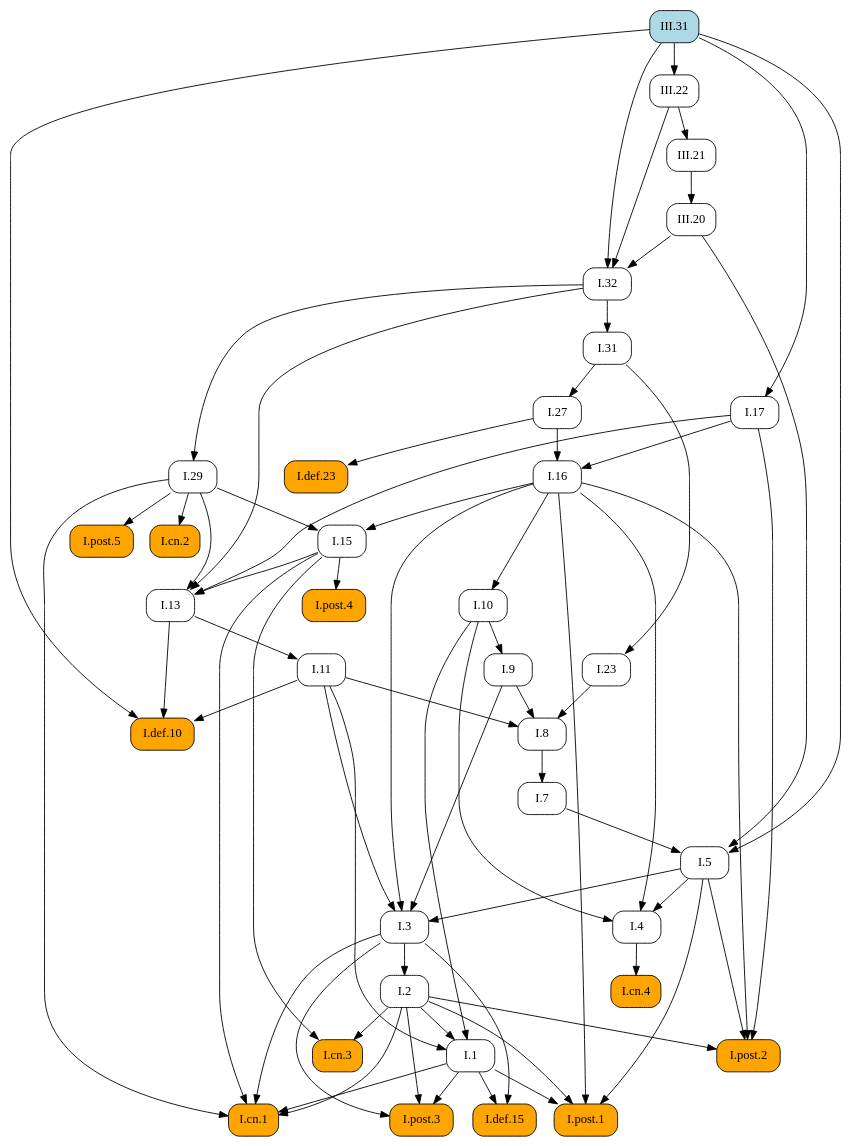
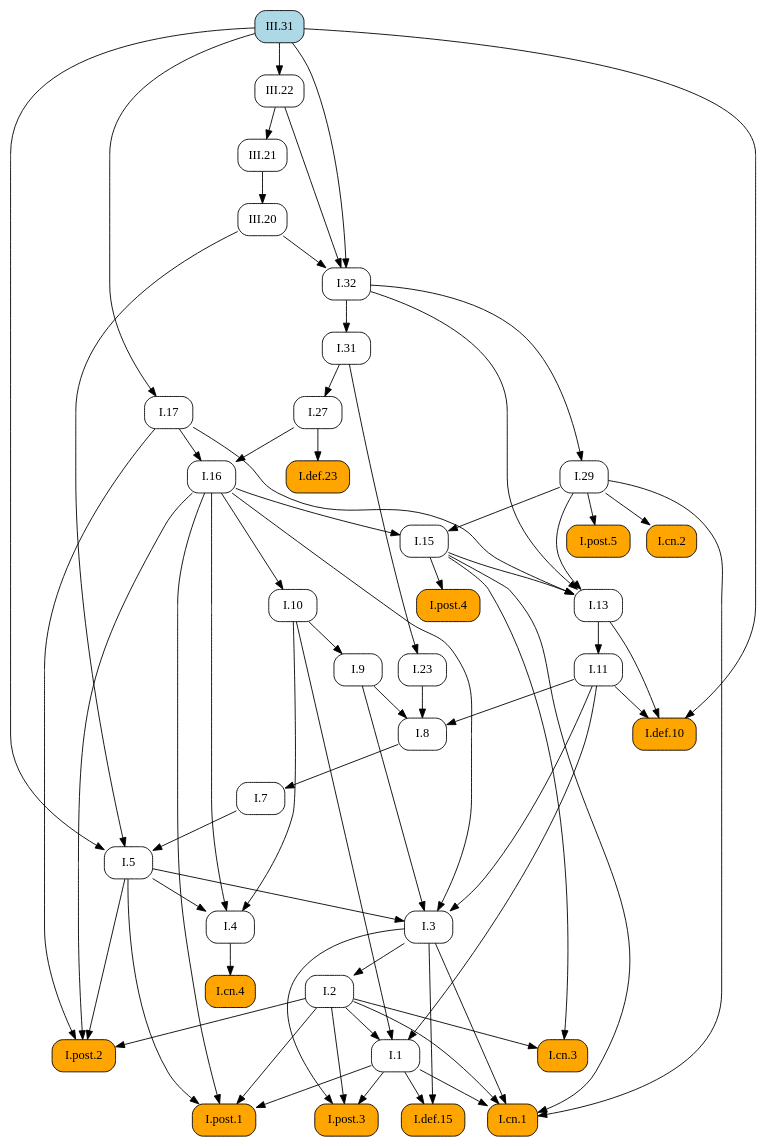
One commit to geometor/elements changed the diagram in docsrc/heath/III/31/index.rst. Above: the diagram before and after it, drawn with Graphviz. The commit also changed other lines of this file and 1029 other files, not shown here.

```diff
--- a/docsrc/heath/III/31/index.rst
+++ b/docsrc/heath/III/31/index.rst
@@ -89,107 +89,107 @@
    digraph {
      rankdir="TB";
      node [shape=box, style=rounded];
+     "I.def.10" [style="rounded,filled", fillcolor=orange, URL="/heath/I/def.10/", target="_top"];
+     "I.11" [URL="/heath/I/11/", target="_top"];
+     "I.post.4" [style="rounded,filled", fillcolor=orange, URL="/heath/I/post.4/", target="_top"];
+     "I.1" [URL="/heath/I/1/", target="_top"];
+     "I.29" [URL="/heath/I/29/", target="_top"];
+     "III.20" [URL="/heath/III/20/", target="_top"];
+     "I.cn.2" [style="rounded,filled", fillcolor=orange, URL="/heath/I/cn.2/", target="_top"];
+     "III.31" [style="rounded,filled", fillcolor=lightblue, URL="/heath/III/31/", target="_top"];
+     "I.def.15" [style="rounded,filled", fillcolor=orange, URL="/heath/I/def.15/", target="_top"];
+     "I.post.3" [style="rounded,filled", fillcolor=orange, URL="/heath/I/post.3/", target="_top"];
+     "I.cn.1" [style="rounded,filled", fillcolor=orange, URL="/heath/I/cn.1/", target="_top"];
      "I.cn.3" [style="rounded,filled", fillcolor=orange, URL="/heath/I/cn.3/", target="_top"];
+     "I.23" [URL="/heath/I/23/", target="_top"];
+     "I.post.1" [style="rounded,filled", fillcolor=orange, URL="/heath/I/post.1/", target="_top"];
+     "I.27" [URL="/heath/I/27/", target="_top"];
+     "I.7" [URL="/heath/I/7/", target="_top"];
+     "I.3" [URL="/heath/I/3/", target="_top"];
+     "I.2" [URL="/heath/I/2/", target="_top"];
+     "I.4" [URL="/heath/I/4/", target="_top"];
+     "I.def.23" [style="rounded,filled", fillcolor=orange, URL="/heath/I/def.23/", target="_top"];
+     "I.13" [URL="/heath/I/13/", target="_top"];
+     "I.17" [URL="/heath/I/17/", target="_top"];
+     "I.post.2" [style="rounded,filled", fillcolor=orange, URL="/heath/I/post.2/", target="_top"];
+     "I.31" [URL="/heath/I/31/", target="_top"];
+     "I.16" [URL="/heath/I/16/", target="_top"];
+     "I.9" [URL="/heath/I/9/", target="_top"];
+     "I.32" [URL="/heath/I/32/", target="_top"];
+     "I.8" [URL="/heath/I/8/", target="_top"];
+     "I.cn.4" [style="rounded,filled", fillcolor=orange, URL="/heath/I/cn.4/", target="_top"];
+     "I.15" [URL="/heath/I/15/", target="_top"];
+     "III.21" [URL="/heath/III/21/", target="_top"];
      "III.22" [URL="/heath/III/22/", target="_top"];
-     "I.29" [URL="/heath/I/29/", target="_top"];
-     "I.7" [URL="/heath/I/7/", target="_top"];
-     "I.27" [URL="/heath/I/27/", target="_top"];
-     "I.def.23" [style="rounded,filled", fillcolor=orange, URL="/heath/I/def.23/", target="_top"];
-     "I.8" [URL="/heath/I/8/", target="_top"];
-     "I.9" [URL="/heath/I/9/", target="_top"];
-     "III.20" [URL="/heath/III/20/", target="_top"];
-     "I.post.4" [style="rounded,filled", fillcolor=orange, URL="/heath/I/post.4/", target="_top"];
-     "I.2" [URL="/heath/I/2/", target="_top"];
-     "I.def.15" [style="rounded,filled", fillcolor=orange, URL="/heath/I/def.15/", target="_top"];
-     "I.1" [URL="/heath/I/1/", target="_top"];
-     "I.post.1" [style="rounded,filled", fillcolor=orange, URL="/heath/I/post.1/", target="_top"];
-     "I.cn.4" [style="rounded,filled", fillcolor=orange, URL="/heath/I/cn.4/", target="_top"];
-     "I.23" [URL="/heath/I/23/", target="_top"];
-     "I.13" [URL="/heath/I/13/", target="_top"];
-     "III.31" [style="rounded,filled", fillcolor=lightblue, URL="/heath/III/31/", target="_top"];
-     "I.cn.2" [style="rounded,filled", fillcolor=orange, URL="/heath/I/cn.2/", target="_top"];
+     "I.post.5" [style="rounded,filled", fillcolor=orange, URL="/heath/I/post.5/", target="_top"];
+     "I.10" [URL="/heath/I/10/", target="_top"];
      "I.5" [URL="/heath/I/5/", target="_top"];
-     "III.21" [URL="/heath/III/21/", target="_top"];
-     "I.11" [URL="/heath/I/11/", target="_top"];
-     "I.10" [URL="/heath/I/10/", target="_top"];
-     "I.4" [URL="/heath/I/4/", target="_top"];
-     "I.3" [URL="/heath/I/3/", target="_top"];
-     "I.16" [URL="/heath/I/16/", target="_top"];
-     "I.31" [URL="/heath/I/31/", target="_top"];
-     "I.def.10" [style="rounded,filled", fillcolor=orange, URL="/heath/I/def.10/", target="_top"];
-     "I.post.2" [style="rounded,filled", fillcolor=orange, URL="/heath/I/post.2/", target="_top"];
-     "I.post.3" [style="rounded,filled", fillcolor=orange, URL="/heath/I/post.3/", target="_top"];
-     "I.post.5" [style="rounded,filled", fillcolor=orange, URL="/heath/I/post.5/", target="_top"];
-     "I.15" [URL="/heath/I/15/", target="_top"];
-     "I.17" [URL="/heath/I/17/", target="_top"];
-     "I.cn.1" [style="rounded,filled", fillcolor=orange, URL="/heath/I/cn.1/", target="_top"];
-     "I.32" [URL="/heath/I/32/", target="_top"];
-     "I.2" -> "I.cn.3";
-     "I.15" -> "I.cn.3";
-     "III.31" -> "III.22";
-     "I.32" -> "I.29";
-     "I.8" -> "I.7";
-     "I.31" -> "I.27";
-     "I.27" -> "I.def.23";
-     "I.9" -> "I.8";
-     "I.11" -> "I.8";
-     "I.23" -> "I.8";
-     "I.10" -> "I.9";
-     "III.21" -> "III.20";
+     "I.11" -> "I.def.10";
+     "I.13" -> "I.def.10";
+     "III.31" -> "I.def.10";
+     "I.13" -> "I.11";
      "I.15" -> "I.post.4";
-     "I.3" -> "I.2";
-     "I.1" -> "I.def.15";
-     "I.3" -> "I.def.15";
      "I.2" -> "I.1";
      "I.10" -> "I.1";
      "I.11" -> "I.1";
-     "I.1" -> "I.post.1";
-     "I.2" -> "I.post.1";
-     "I.5" -> "I.post.1";
-     "I.16" -> "I.post.1";
-     "I.4" -> "I.cn.4";
-     "I.31" -> "I.23";
-     "I.15" -> "I.13";
-     "I.17" -> "I.13";
-     "I.29" -> "I.13";
-     "I.32" -> "I.13";
+     "I.32" -> "I.29";
+     "III.21" -> "III.20";
      "I.29" -> "I.cn.2";
-     "I.7" -> "I.5";
-     "III.20" -> "I.5";
-     "III.31" -> "I.5";
-     "III.22" -> "III.21";
-     "I.13" -> "I.11";
-     "I.16" -> "I.10";
-     "I.5" -> "I.4";
-     "I.10" -> "I.4";
-     "I.16" -> "I.4";
-     "I.5" -> "I.3";
-     "I.9" -> "I.3";
-     "I.11" -> "I.3";
-     "I.16" -> "I.3";
-     "I.17" -> "I.16";
-     "I.27" -> "I.16";
-     "I.32" -> "I.31";
-     "I.11" -> "I.def.10";
-     "I.13" -> "I.def.10";
-     "III.31" -> "I.def.10";
-     "I.2" -> "I.post.2";
-     "I.5" -> "I.post.2";
-     "I.16" -> "I.post.2";
-     "I.17" -> "I.post.2";
+     "I.1" -> "I.def.15";
+     "I.3" -> "I.def.15";
      "I.1" -> "I.post.3";
      "I.2" -> "I.post.3";
      "I.3" -> "I.post.3";
-     "I.29" -> "I.post.5";
-     "I.16" -> "I.15";
-     "I.29" -> "I.15";
-     "III.31" -> "I.17";
      "I.1" -> "I.cn.1";
      "I.2" -> "I.cn.1";
      "I.3" -> "I.cn.1";
      "I.15" -> "I.cn.1";
      "I.29" -> "I.cn.1";
+     "I.2" -> "I.cn.3";
+     "I.15" -> "I.cn.3";
+     "I.31" -> "I.23";
+     "I.1" -> "I.post.1";
+     "I.2" -> "I.post.1";
+     "I.5" -> "I.post.1";
+     "I.16" -> "I.post.1";
+     "I.31" -> "I.27";
+     "I.8" -> "I.7";
+     "I.5" -> "I.3";
+     "I.9" -> "I.3";
+     "I.11" -> "I.3";
+     "I.16" -> "I.3";
+     "I.3" -> "I.2";
+     "I.5" -> "I.4";
+     "I.10" -> "I.4";
+     "I.16" -> "I.4";
+     "I.27" -> "I.def.23";
+     "I.15" -> "I.13";
+     "I.17" -> "I.13";
+     "I.29" -> "I.13";
+     "I.32" -> "I.13";
+     "III.31" -> "I.17";
+     "I.2" -> "I.post.2";
+     "I.5" -> "I.post.2";
+     "I.16" -> "I.post.2";
+     "I.17" -> "I.post.2";
+     "I.32" -> "I.31";
+     "I.17" -> "I.16";
+     "I.27" -> "I.16";
+     "I.10" -> "I.9";
      "III.20" -> "I.32";
      "III.22" -> "I.32";
      "III.31" -> "I.32";
+     "I.9" -> "I.8";
+     "I.11" -> "I.8";
+     "I.23" -> "I.8";
+     "I.4" -> "I.cn.4";
+     "I.16" -> "I.15";
+     "I.29" -> "I.15";
+     "III.22" -> "III.21";
+     "III.31" -> "III.22";
+     "I.29" -> "I.post.5";
+     "I.16" -> "I.10";
+     "I.7" -> "I.5";
+     "III.20" -> "I.5";
+     "III.31" -> "I.5";
    }
```
